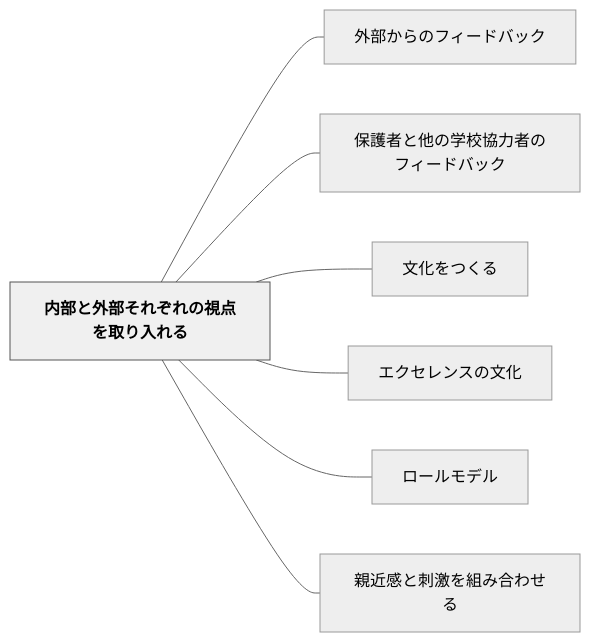
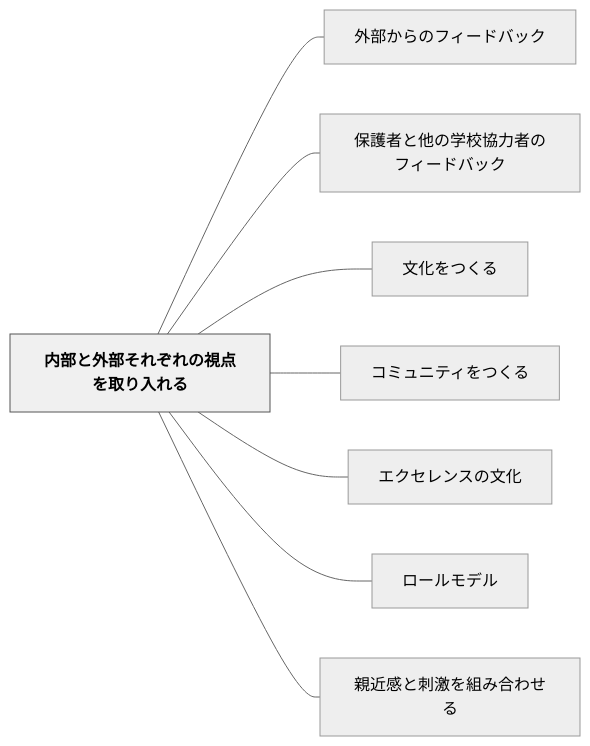
The diagram in content/パタン/内部と外部それぞれの視点を取り入れる.md (unknownthings-ed-patterns/unknownthings-ed-patterns), drawn with Mermaid (neutral theme) before and after one commit. The commit also changed other lines of this file and 1 other file, not shown here.

Commit message:
auto: Obsidianから同期 2026-06-13 18:51

````diff
--- a/content/パタン/内部と外部それぞれの視点を取り入れる.md
+++ b/content/パタン/内部と外部それぞれの視点を取り入れる.md
@@ -58,20 +59,22 @@
 ```mermaid
 flowchart LR
     ne58685e983a8e381a8e5a496e983a8e3819de3828ce3819ee3828ce381aee8a696e782b9e38292e58f96e3828ae585a5e3828ce3828b["内部と外部それぞれの視点を取り入れる"]
     ne5a496e983a8e3818be38289e381aee38395e382a3e383bce38389e38390e38383e382af["外部からのフィードバック"]
     ne4bf9de8adb7e88085e381a8e4bb96e381aee5ada6e6a0a1e58d94e58a9be88085e381aee38395e382a3e383bce38389e38390e38383e382af["保護者と他の学校協力者のフィードバック"]
     ne69687e58c96e38292e381a4e3818fe3828b["文化をつくる"]
+    ne382b3e3839fe383a5e3838be38386e382a3e38292e381a4e3818fe3828b["コミュニティをつくる"]
     ne382a8e382afe382bbe383ace383b3e382b9e381aee69687e58c96["エクセレンスの文化"]
     ne383ade383bce383abe383a2e38387e383ab["ロールモデル"]
     ne8a6aae8bf91e6849fe381a8e588bae6bf80e38292e7b584e381bfe59088e3828fe3819be3828b["親近感と刺激を組み合わせる"]
 
     ne58685e983a8e381a8e5a496e983a8e3819de3828ce3819ee3828ce381aee8a696e782b9e38292e58f96e3828ae585a5e3828ce3828b --- ne5a496e983a8e3818be38289e381aee38395e382a3e383bce38389e38390e38383e382af
     ne58685e983a8e381a8e5a496e983a8e3819de3828ce3819ee3828ce381aee8a696e782b9e38292e58f96e3828ae585a5e3828ce3828b --- ne4bf9de8adb7e88085e381a8e4bb96e381aee5ada6e6a0a1e58d94e58a9be88085e381aee38395e382a3e383bce38389e38390e38383e382af
     ne58685e983a8e381a8e5a496e983a8e3819de3828ce3819ee3828ce381aee8a696e782b9e38292e58f96e3828ae585a5e3828ce3828b --- ne69687e58c96e38292e381a4e3818fe3828b
+    ne58685e983a8e381a8e5a496e983a8e3819de3828ce3819ee3828ce381aee8a696e782b9e38292e58f96e3828ae585a5e3828ce3828b --- ne382b3e3839fe383a5e3838be38386e382a3e38292e381a4e3818fe3828b
     ne58685e983a8e381a8e5a496e983a8e3819de3828ce3819ee3828ce381aee8a696e782b9e38292e58f96e3828ae585a5e3828ce3828b --- ne382a8e382afe382bbe383ace383b3e382b9e381aee69687e58c96
     ne58685e983a8e381a8e5a496e983a8e3819de3828ce3819ee3828ce381aee8a696e782b9e38292e58f96e3828ae585a5e3828ce3828b --- ne383ade383bce383abe383a2e38387e383ab
     ne58685e983a8e381a8e5a496e983a8e3819de3828ce3819ee3828ce381aee8a696e782b9e38292e58f96e3828ae585a5e3828ce3828b --- ne8a6aae8bf91e6849fe381a8e588bae6bf80e38292e7b584e381bfe59088e3828fe3819be3828b
 
     classDef hub fill:#f0f0f0,stroke:#555,color:#000,font-weight:bold
     class ne58685e983a8e381a8e5a496e983a8e3819de3828ce3819ee3828ce381aee8a696e782b9e38292e58f96e3828ae585a5e3828ce3828b hub
 ```
````
